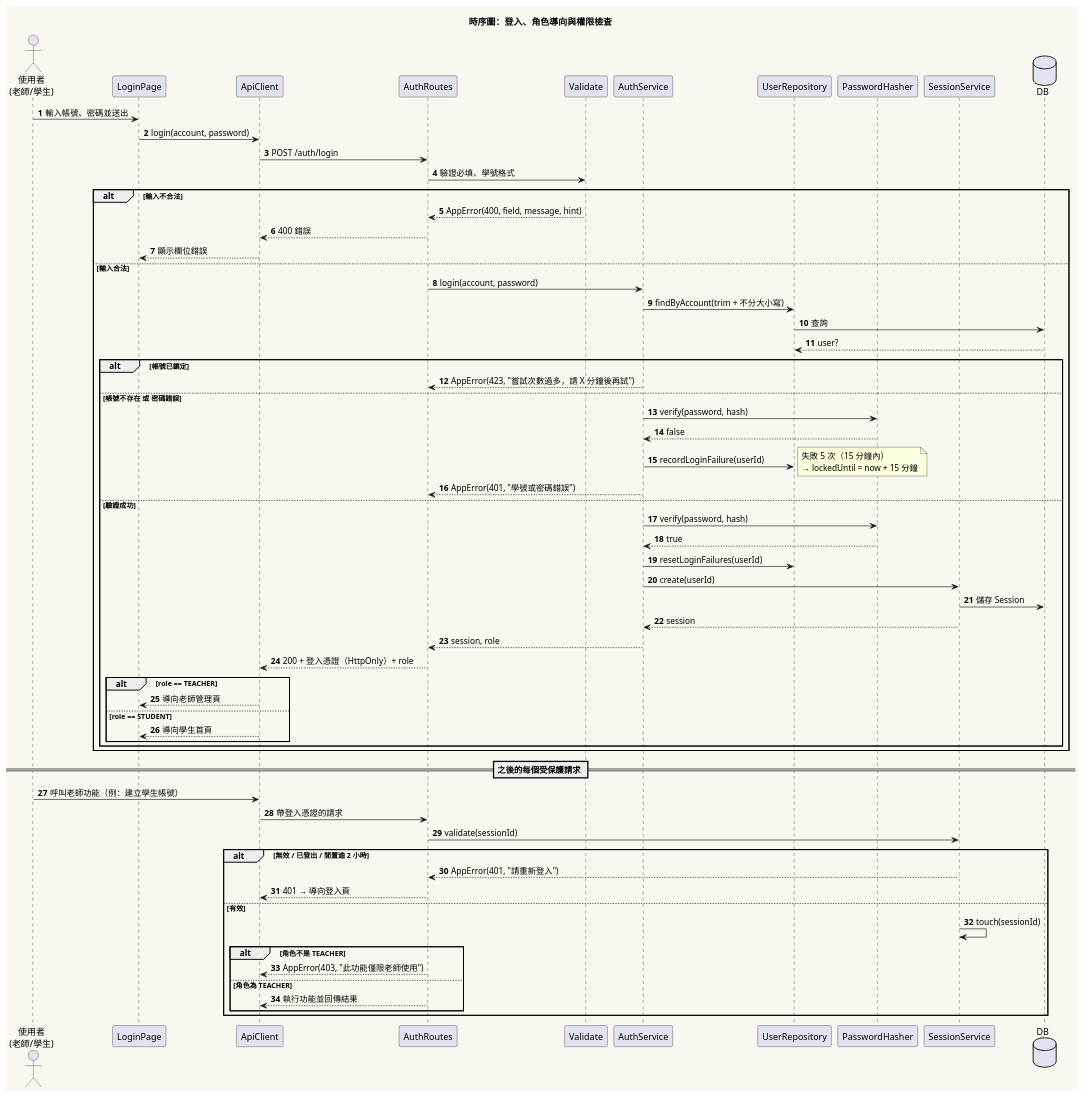
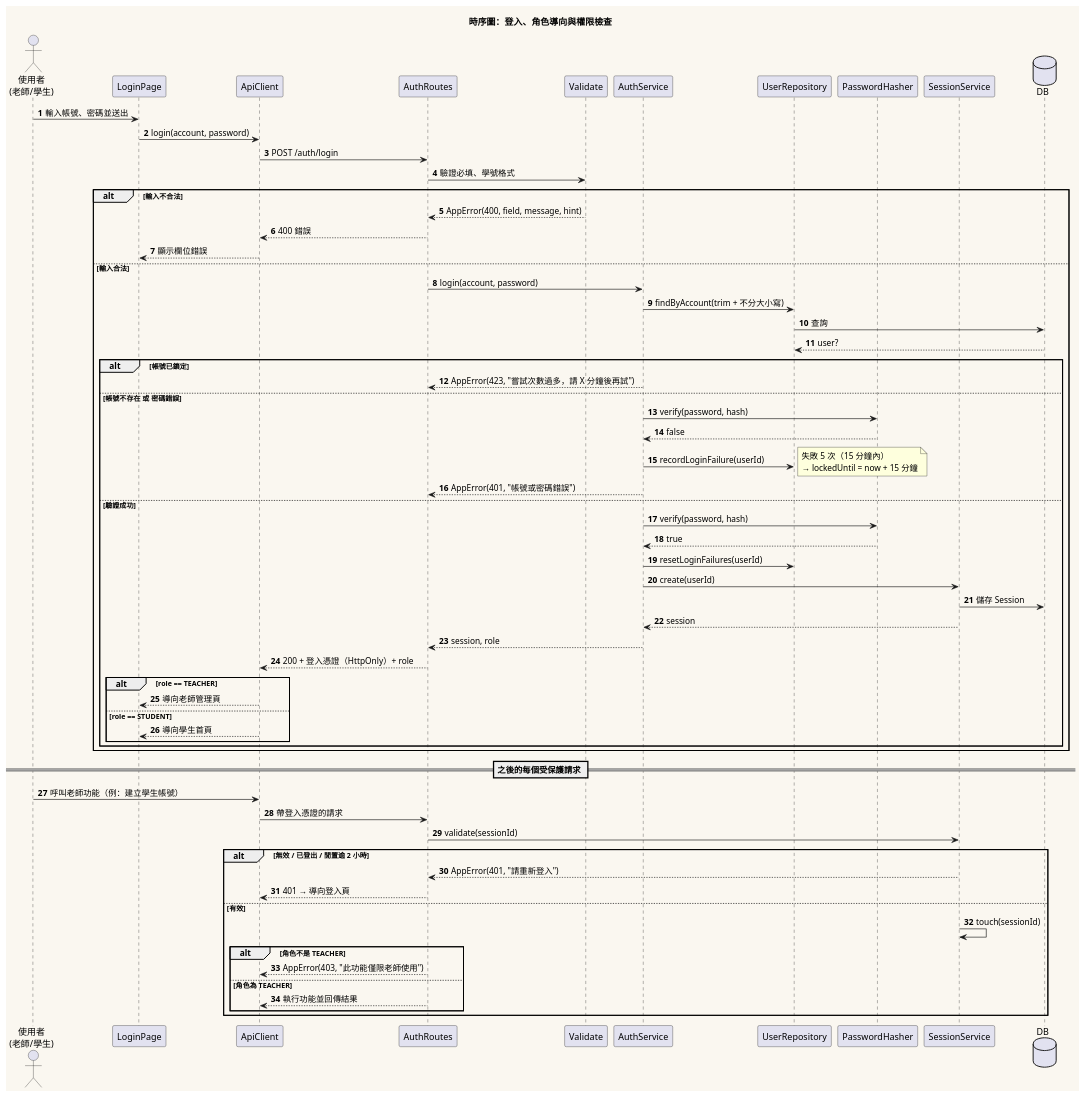
Before and after one commit to Ennn-1023/SE_project: the diagram in diagrams/001-sequence-login.puml, drawn with PlantUML. The commit also changed 12 other files, not shown here.

```diff
--- a/diagrams/001-sequence-login.puml
+++ b/diagrams/001-sequence-login.puml
@@ -1,72 +1,72 @@
 @startuml 001-sequence-login
 title 時序圖：登入、角色導向與權限檢查
 
 skinparam backgroundColor #FAF7F0
 skinparam shadowing false
 autonumber
 
 actor "使用者\n(老師/學生)" as U
 participant "LoginPage" as LP
 participant "ApiClient" as API
 participant "AuthRoutes" as R
 participant "Validate" as V
 participant "AuthService" as AS
 participant "UserRepository" as UR
 participant "PasswordHasher" as H
 participant "SessionService" as SS
 database "DB" as DB
 
 U -> LP : 輸入帳號、密碼並送出
 LP -> API : login(account, password)
 API -> R : POST /auth/login
 R -> V : 驗證必填、學號格式
 alt 輸入不合法
   V --> R : AppError(400, field, message, hint)
   R --> API : 400 錯誤
   API --> LP : 顯示欄位錯誤
 else 輸入合法
   R -> AS : login(account, password)
   AS -> UR : findByAccount(trim + 不分大小寫)
   UR -> DB : 查詢
   DB --> UR : user?
   alt 帳號已鎖定
     AS --> R : AppError(423, "嘗試次數過多，請 X 分鐘後再試")
   else 帳號不存在 或 密碼錯誤
     AS -> H : verify(password, hash)
     H --> AS : false
     AS -> UR : recordLoginFailure(userId)
     note right : 失敗 5 次（15 分鐘內）\n→ lockedUntil = now + 15 分鐘
-    AS --> R : AppError(401, "學號或密碼錯誤")
+    AS --> R : AppError(401, "帳號或密碼錯誤")
   else 驗證成功
     AS -> H : verify(password, hash)
     H --> AS : true
     AS -> UR : resetLoginFailures(userId)
     AS -> SS : create(userId)
     SS -> DB : 儲存 Session
     SS --> AS : session
     AS --> R : session, role
     R --> API : 200 + 登入憑證（HttpOnly）+ role
     alt role == TEACHER
       API --> LP : 導向老師管理頁
     else role == STUDENT
       API --> LP : 導向學生首頁
     end
   end
 end
 
 == 之後的每個受保護請求 ==
 U -> API : 呼叫老師功能（例：建立學生帳號）
 API -> R : 帶登入憑證的請求
 R -> SS : validate(sessionId)
 alt 無效 / 已登出 / 閒置逾 2 小時
   SS --> R : AppError(401, "請重新登入")
   R --> API : 401 → 導向登入頁
 else 有效
   SS -> SS : touch(sessionId)
   alt 角色不是 TEACHER
     R --> API : AppError(403, "此功能僅限老師使用")
   else 角色為 TEACHER
     R --> API : 執行功能並回傳結果
   end
 end
 @enduml
```
